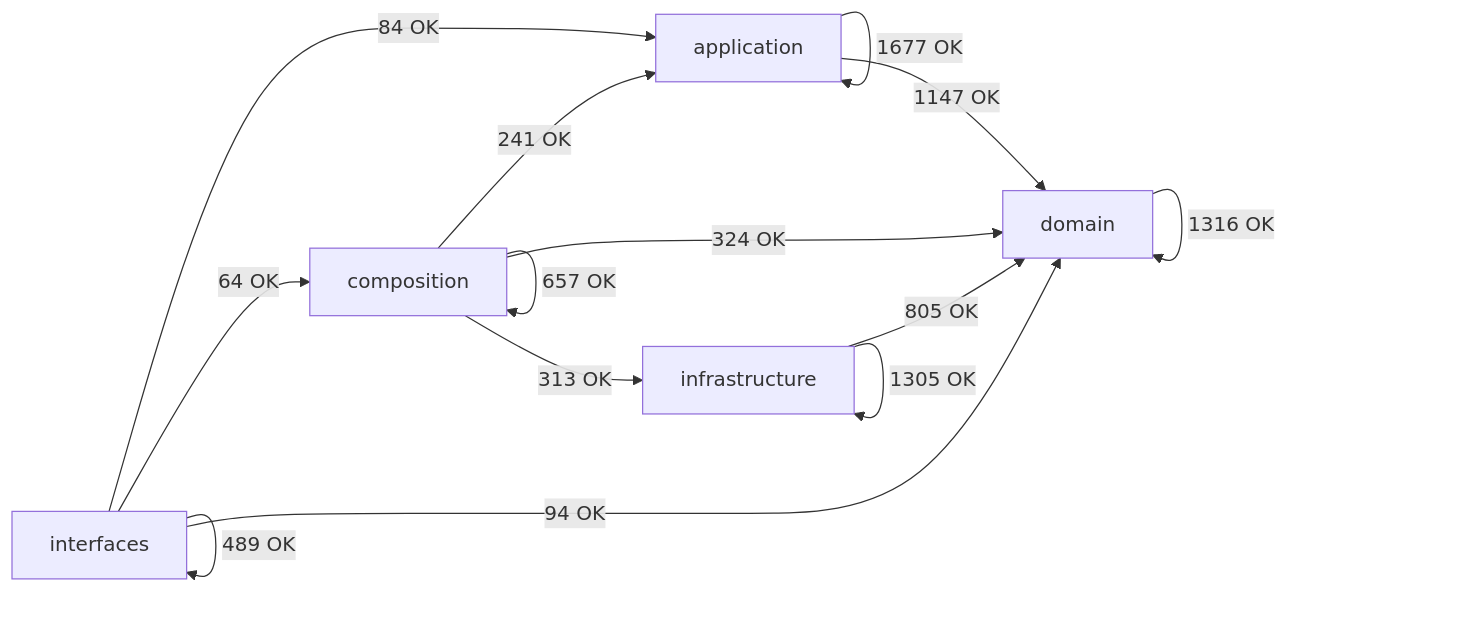
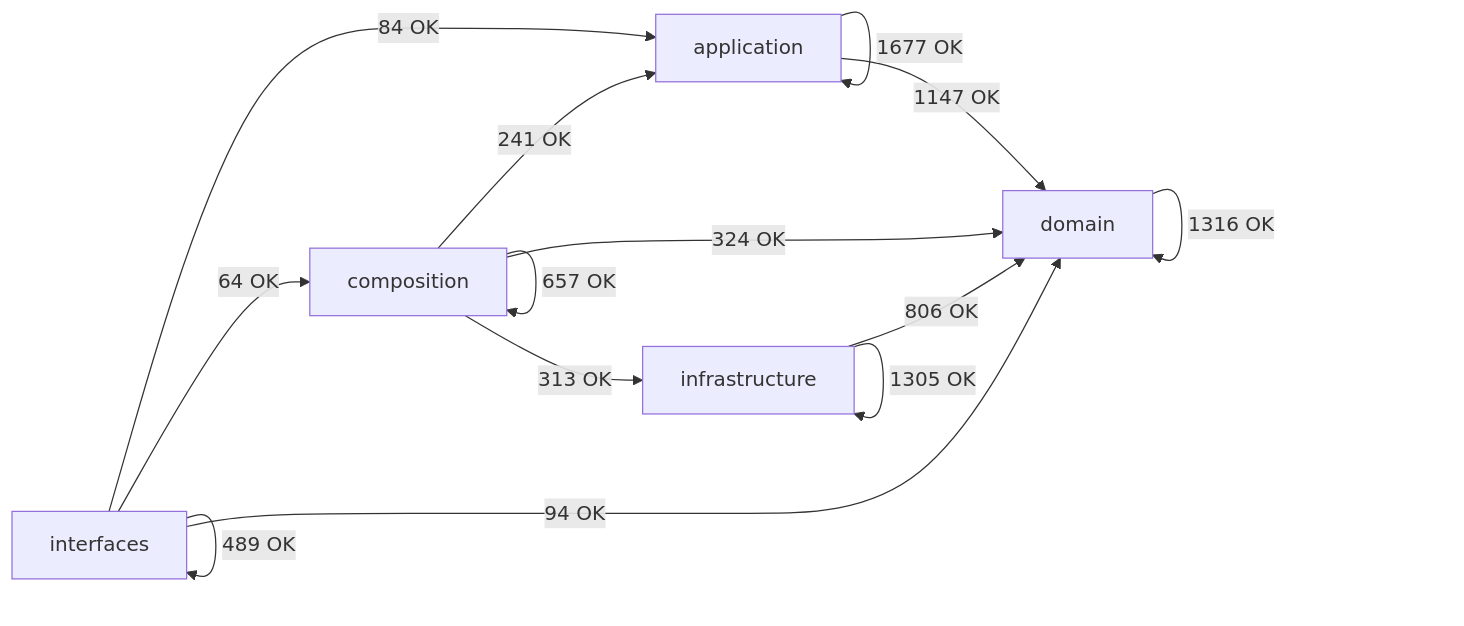
Before and after one commit to SatoryKono/BioactivityDataAcquisition: the diagram in docs/02-architecture/generated/module-dependency-map.md, drawn with Mermaid. The commit also changed other lines of this file and 13 other files, not shown here.

````diff
--- a/docs/02-architecture/generated/module-dependency-map.md
+++ b/docs/02-architecture/generated/module-dependency-map.md
@@ -17,21 +17,21 @@
 ```mermaid
 flowchart LR
     domain[domain]
     application[application]
     infrastructure[infrastructure]
     composition[composition]
     interfaces[interfaces]
     application -->|1677 OK| application
     application -->|1147 OK| domain
     composition -->|241 OK| application
     composition -->|657 OK| composition
     composition -->|324 OK| domain
     composition -->|313 OK| infrastructure
     domain -->|1316 OK| domain
-    infrastructure -->|805 OK| domain
+    infrastructure -->|806 OK| domain
     infrastructure -->|1305 OK| infrastructure
     interfaces -->|84 OK| application
     interfaces -->|64 OK| composition
     interfaces -->|94 OK| domain
     interfaces -->|489 OK| interfaces
 ```
````
